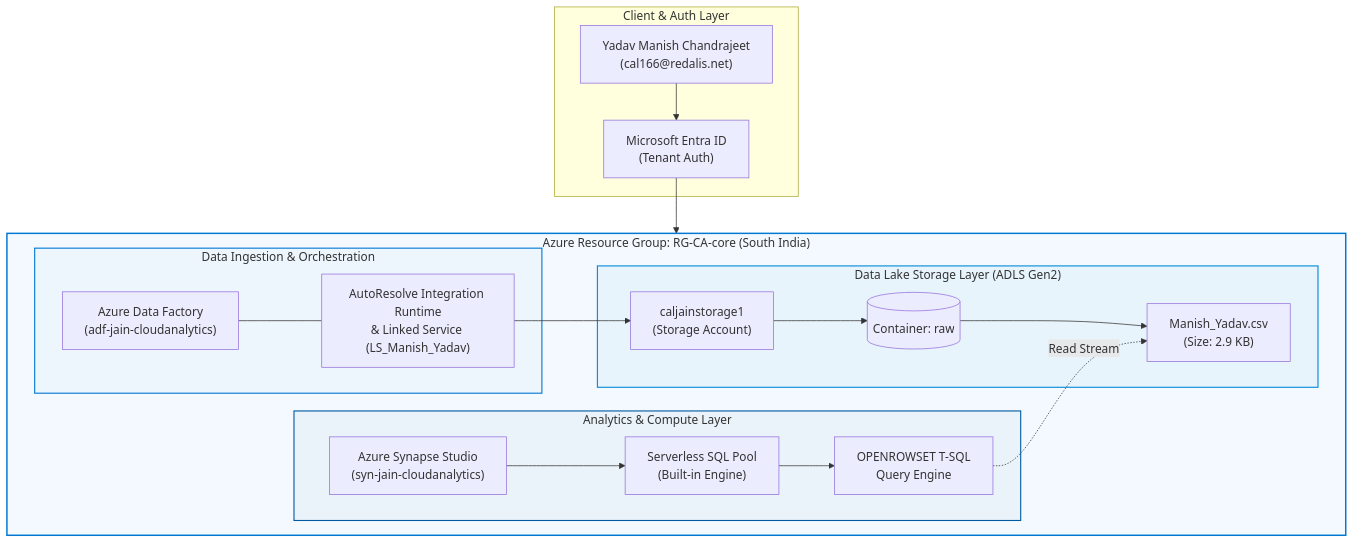
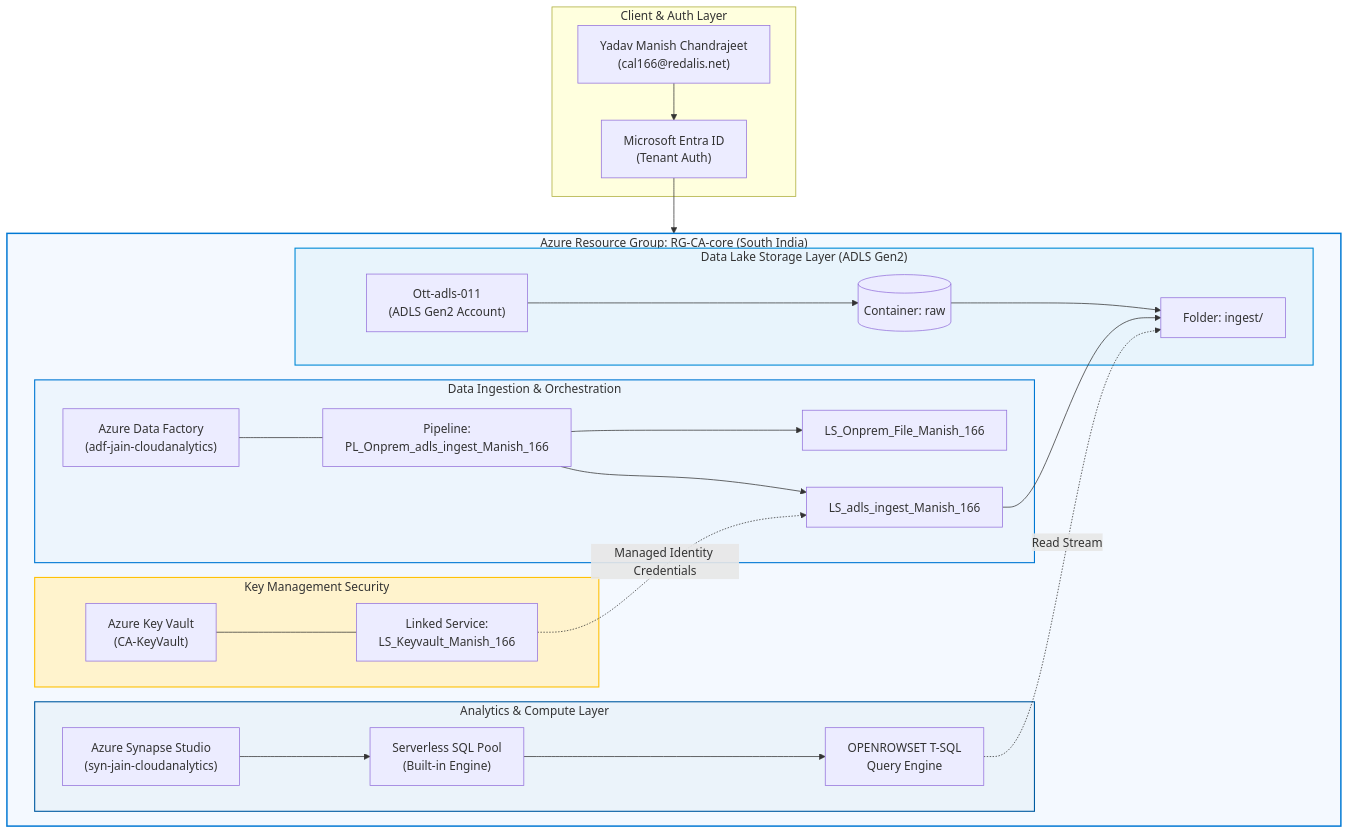
One commit to Sudo-su-wakeup/Azure-Cloud-Analytics-Lab changed the diagram in README.md. Above: the diagram before and after it, drawn with Mermaid. The commit also changed other lines of this file and 4 other files, not shown here.

First line of the commit message:
feat: Add Experiment 04 — Hybrid Data Ingestion Pipeline (Key Vault + ADLS Gen2)

````diff
--- a/README.md
+++ b/README.md
@@ -39,37 +40,49 @@
 ```mermaid
 flowchart TD
     subgraph Client ["Client & Auth Layer"]
         User["Yadav Manish Chandrajeet\n(cal166@redalis.net)"] --> Entra["Microsoft Entra ID\n(Tenant Auth)"]
     end
 
     subgraph AzureResourceGroup ["Azure Resource Group: RG-CA-core (South India)"]
+        subgraph SecurityLayer ["Key Management Security"]
+            AKV["Azure Key Vault\n(CA-KeyVault)"]
+            LS_KV["Linked Service:\nLS_Keyvault_Manish_166"]
+            AKV --- LS_KV
+        end
+
         subgraph IngestionLayer ["Data Ingestion & Orchestration"]
             ADF["Azure Data Factory\n(adf-jain-cloudanalytics)"]
-            IR["AutoResolve Integration Runtime\n& Linked Service (LS_Manish_Yadav)"]
-            ADF --- IR
+            Pipeline["Pipeline:\nPL_Onprem_adls_ingest_Manish_166"]
+            LS_Src["LS_Onprem_File_Manish_166"]
+            LS_Dst["LS_adls_ingest_Manish_166"]
+            ADF --- Pipeline
+            Pipeline --> LS_Src
+            Pipeline --> LS_Dst
         end
 
         subgraph StorageLayer ["Data Lake Storage Layer (ADLS Gen2)"]
-            Storage["caljainstorage1\n(Storage Account)"]
+            Storage["Ott-adls-011\n(ADLS Gen2 Account)"]
             Container[("Container: raw")]
-            Dataset["Manish_Yadav.csv\n(Size: 2.9 KB)"]
-            Storage --> Container --> Dataset
+            Folder["Folder: ingest/"]
+            Storage --> Container --> Folder
         end
 
         subgraph AnalyticsLayer ["Analytics & Compute Layer"]
             Synapse["Azure Synapse Studio\n(syn-jain-cloudanalytics)"]
             ServerlessSQL["Serverless SQL Pool\n(Built-in Engine)"]
             Query["OPENROWSET T-SQL\nQuery Engine"]
             Synapse --> ServerlessSQL --> Query
         end
     end
 
     Entra --> AzureResourceGroup
-    IR --> Storage
-    Query -.->|Read Stream| Dataset
+    LS_KV -.->|Managed Identity Credentials| LS_Dst
+    LS_Dst --> Folder
+    Query -.->|Read Stream| Folder
 
     style AzureResourceGroup fill:#f4f9ff,stroke:#0078D4,stroke-width:2px;
     style StorageLayer fill:#e8f4fc,stroke:#008AD7,stroke-width:1.5px;
     style AnalyticsLayer fill:#ebf3fa,stroke:#005BA1,stroke-width:1.5px;
     style IngestionLayer fill:#edf5fd,stroke:#0078D4,stroke-width:1.5px;
+    style SecurityLayer fill:#fff3cd,stroke:#ffc107,stroke-width:1.5px;
 ```
````
